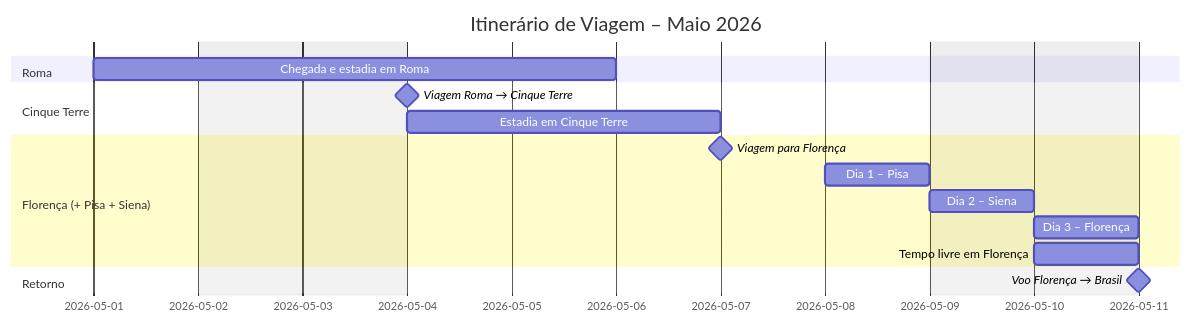
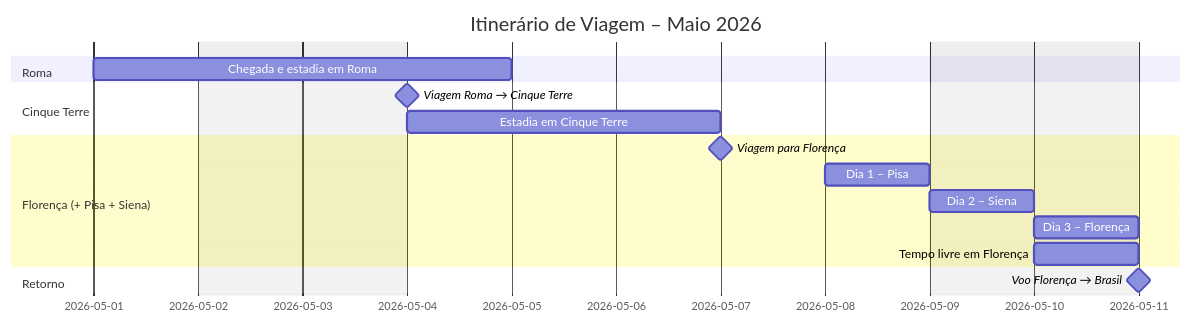
Before and after one commit to paulovcastagnari/planejamento-viagem-2026: the first of 2 diagrams in README.md, drawn with Mermaid.

````diff
--- a/README.md
+++ b/README.md
@@ -21,23 +21,23 @@
 ```mermaid
 gantt
     dateFormat  YYYY-MM-DD
     title Itinerário de Viagem – Maio 2026
     excludes weekends
 
     section Roma
-    Chegada e estadia em Roma     :2026-05-01, 3d
+    Chegada e estadia em Roma     :2026-05-01, 2d
 
     section Cinque Terre
     Viagem Roma → Cinque Terre   :milestone, ct_arrive, 2026-05-04, 0d
     Estadia em Cinque Terre      :2026-05-04, 3d
 
     section Florença (+ Pisa + Siena)
     Viagem para Florença         :milestone, fl_arrive, 2026-05-07, 0d
     Dia 1 – Pisa                 :2026-05-08, 1d
     Dia 2 – Siena                :2026-05-09, 1d
     Dia 3 – Florença             :2026-05-10, 1d
     Tempo livre em Florença      :2026-05-10, 1d
 
     section Retorno
     Voo Florença → Brasil        :milestone, return_bra, 2026-05-11, 0d
 ```
````
